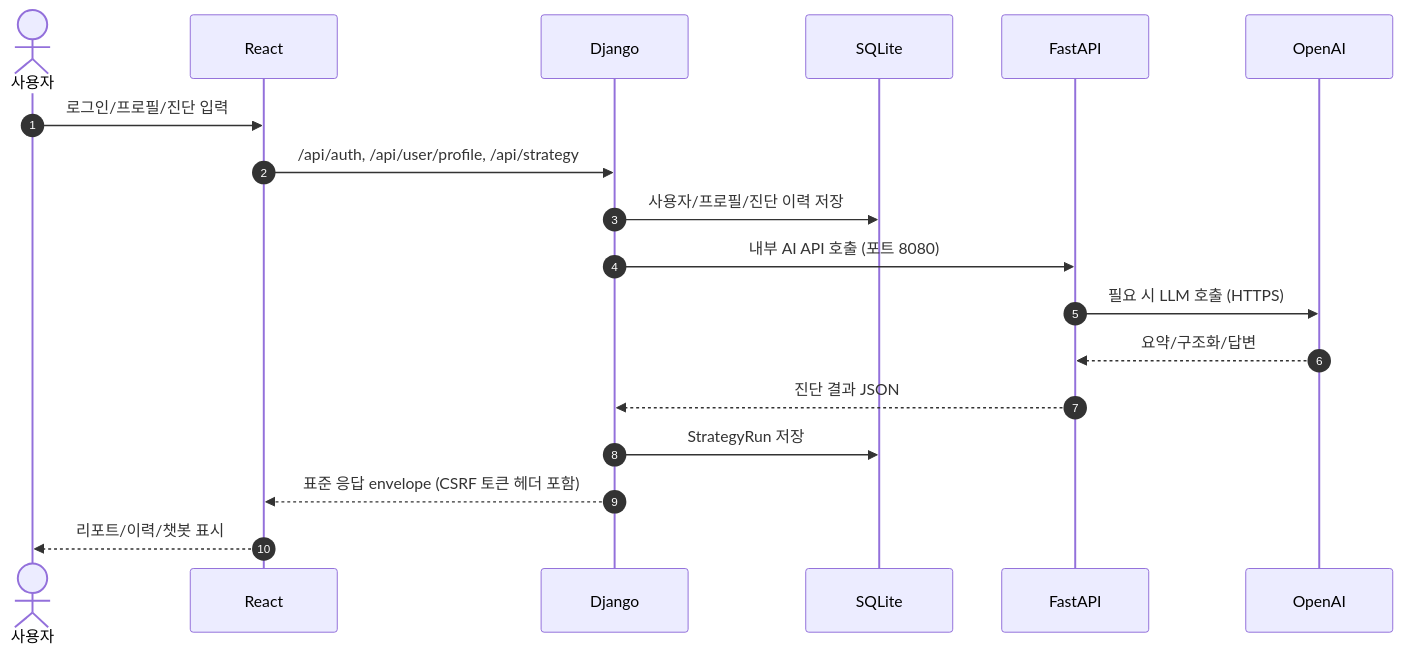
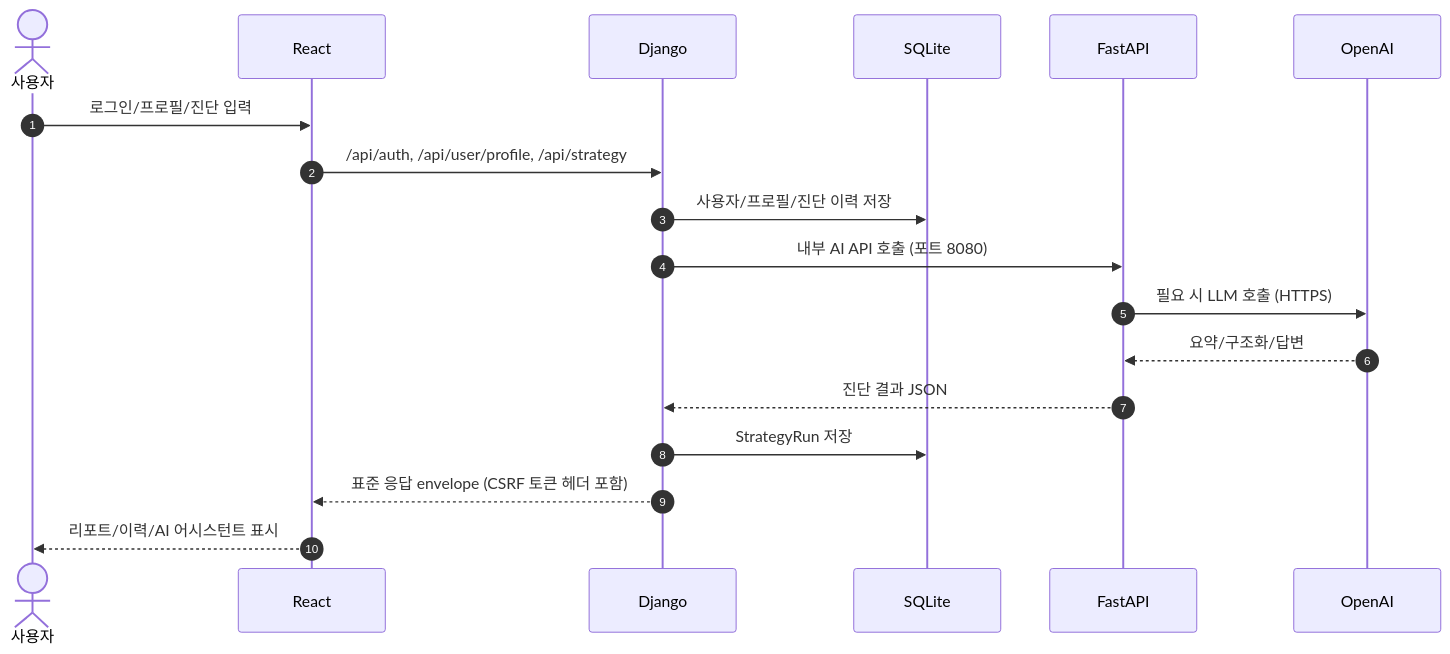
Before and after one commit to ldy-99/SKN29-3rd-3team: the second of 5 diagrams in docs/final_v2/SYSTEM_ARCHITECTURE_FINAL.md, drawn with Mermaid. The commit also changed other lines of this file and 77 other files, not shown here.

````diff
--- a/docs/final_v2/SYSTEM_ARCHITECTURE_FINAL.md
+++ b/docs/final_v2/SYSTEM_ARCHITECTURE_FINAL.md
@@ -39,21 +39,21 @@
 ```mermaid
 sequenceDiagram
     autonumber
     actor U as 사용자
     participant R as React
     participant D as Django
     participant DB as SQLite
     participant F as FastAPI
     participant O as OpenAI
 
     U->>R: 로그인/프로필/진단 입력
     R->>D: /api/auth, /api/user/profile, /api/strategy
     D->>DB: 사용자/프로필/진단 이력 저장
     D->>F: 내부 AI API 호출 (포트 8080)
     F->>O: 필요 시 LLM 호출 (HTTPS)
     O-->>F: 요약/구조화/답변
     F-->>D: 진단 결과 JSON
     D->>DB: StrategyRun 저장
     D-->>R: 표준 응답 envelope (CSRF 토큰 헤더 포함)
-    R-->>U: 리포트/이력/챗봇 표시
+    R-->>U: 리포트/이력/AI 어시스턴트 표시
 ```
````
